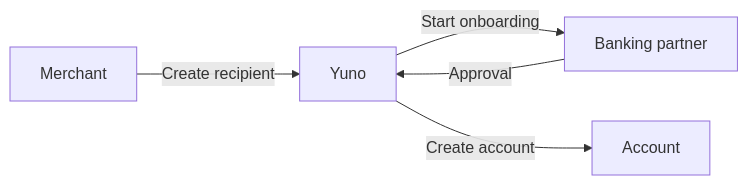
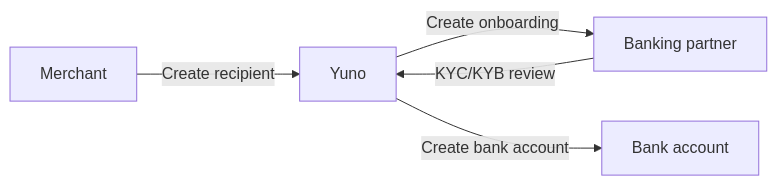
The first of 3 diagrams in reference/Yuno API Reference/embedded-banking/index.md (yuno-payments/yuno-docs), drawn with Mermaid before and after one commit. The commit also changed other lines of this file, not shown here.

Commit message:
Update reference `embedded-banking`

````diff
--- a/reference/Yuno API Reference/embedded-banking/index.md
+++ b/reference/Yuno API Reference/embedded-banking/index.md
@@ -69,7 +77,7 @@
 ```mermaid
 flowchart LR
   Merchant["Merchant"] -->|"Create recipient"| Yuno["Yuno"]
-  Yuno -->|"Start onboarding"| BankPartner["Banking partner"]
-  BankPartner -->|"Approval"| Yuno
-  Yuno -->|"Create account"| Account
+  Yuno -->|"Create onboarding"| BankPartner["Banking partner"]
+  BankPartner -->|"KYC/KYB review"| Yuno
+  Yuno -->|"Create bank account"| Account["Bank account"]
 ```
````
